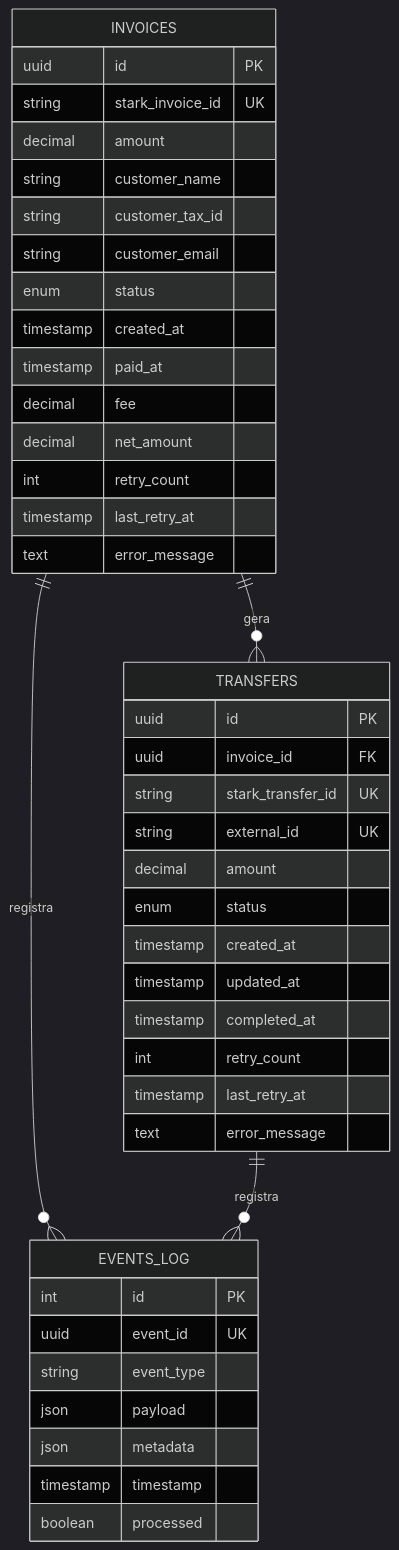
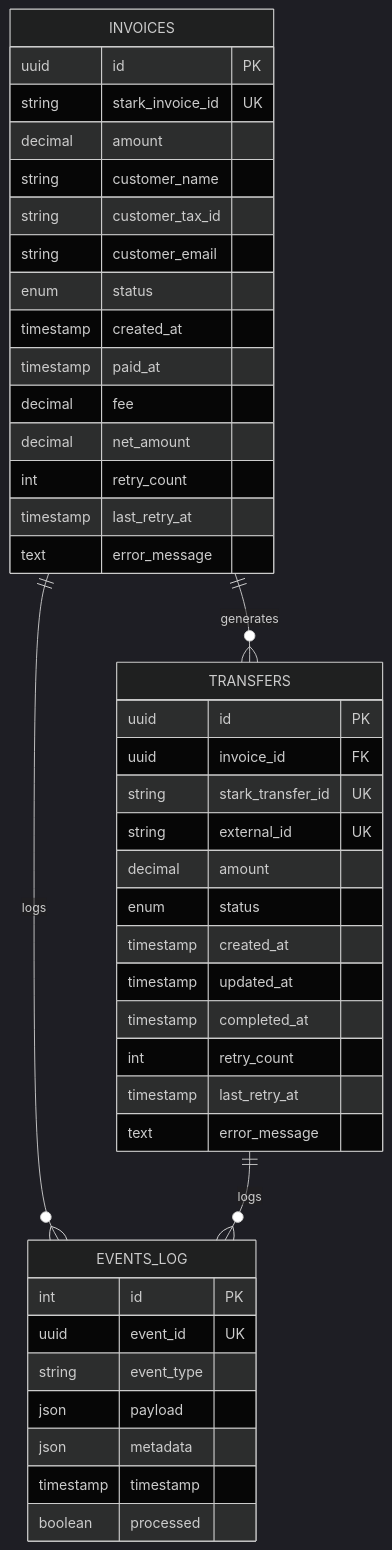
The eighth of 8 diagrams in docs/challenge.md (rcaran/stark-bank-challenge), drawn with Mermaid (dark theme) before and after one commit. The commit also changed other lines of this file and 13 other files, not shown here.

````diff
--- a/docs/challenge.md
+++ b/docs/challenge.md
@@ -705,48 +702,48 @@
 ```mermaid
 erDiagram
-    INVOICES ||--o{ TRANSFERS : "gera"
-    INVOICES ||--o{ EVENTS_LOG : "registra"
-    TRANSFERS ||--o{ EVENTS_LOG : "registra"
+    INVOICES ||--o{ TRANSFERS : "generates"
+    INVOICES ||--o{ EVENTS_LOG : "logs"
+    TRANSFERS ||--o{ EVENTS_LOG : "logs"
     
     INVOICES {
         uuid id PK
         string stark_invoice_id UK
         decimal amount
         string customer_name
         string customer_tax_id
         string customer_email
         enum status
         timestamp created_at
         timestamp paid_at
         decimal fee
         decimal net_amount
         int retry_count
         timestamp last_retry_at
         text error_message
     }
     
     TRANSFERS {
         uuid id PK
         uuid invoice_id FK
         string stark_transfer_id UK
         string external_id UK
         decimal amount
         enum status
         timestamp created_at
         timestamp updated_at
         timestamp completed_at
         int retry_count
         timestamp last_retry_at
         text error_message
     }
     
     EVENTS_LOG {
         int id PK
         uuid event_id UK
         string event_type
         json payload
         json metadata
         timestamp timestamp
         boolean processed
     }
 ```
````
